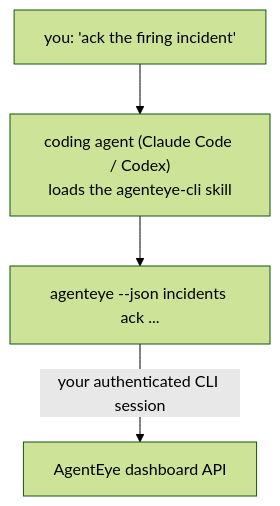
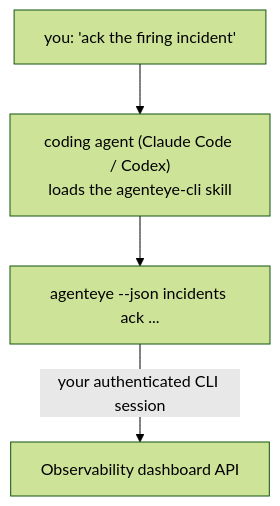
One commit to GongYuanCaiJi/failproofai changed the diagram in docs/agenteye/cli-skill.mdx. Above: the diagram before and after it, drawn with Mermaid (forest theme). The commit also changed other lines of this file and 34 other files, not shown here.

````diff
--- a/docs/agenteye/cli-skill.mdx
+++ b/docs/agenteye/cli-skill.mdx
@@ -26,6 +26,6 @@
 ```mermaid
 flowchart TD
     YOU["you: 'ack the firing incident'"] --> AGENT["coding agent (Claude Code / Codex)<br/>loads the agenteye-cli skill"]
     AGENT --> CLI["agenteye --json incidents ack ..."]
-    CLI -->|your authenticated CLI session| API["AgentEye dashboard API"]
+    CLI -->|your authenticated CLI session| API["Observability dashboard API"]
 ```
````
